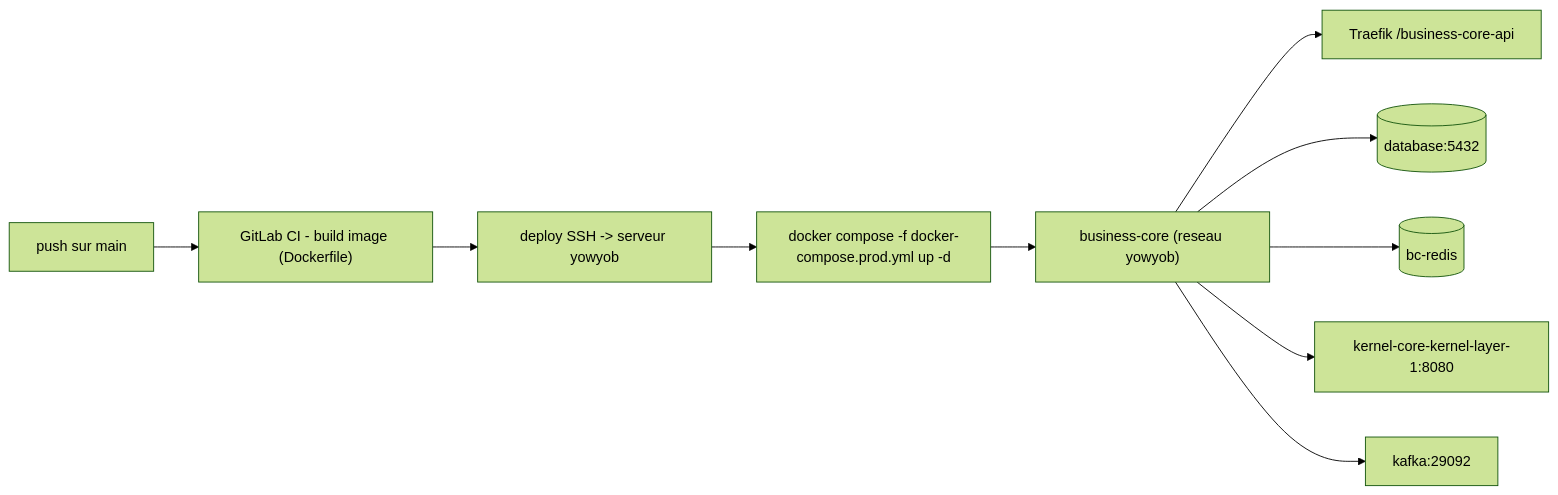
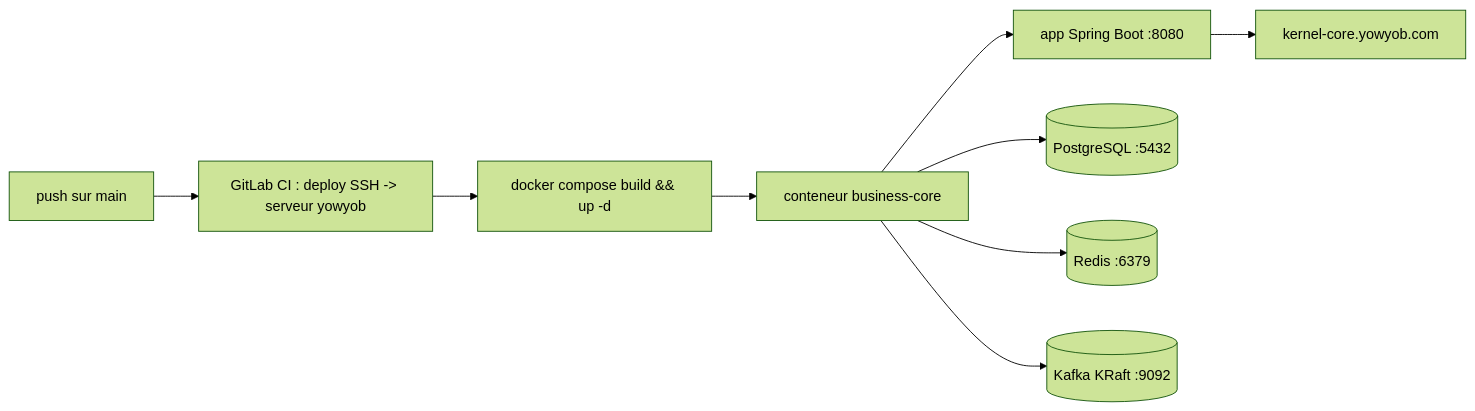
One commit to HinaSejaru124/Backend-business-core changed the diagram in docs/deploiement.md. Above: the diagram before and after it, drawn with Mermaid (forest theme). The commit also changed other lines of this file and 12 other files, not shown here.

````diff
--- a/docs/deploiement.md
+++ b/docs/deploiement.md
@@ -10,12 +12,11 @@
 ```mermaid
 flowchart LR
-  push["push sur main"] --> build["GitLab CI - build image (Dockerfile)"]
-  build --> deploy["deploy SSH -> serveur yowyob"]
-  deploy --> compose["docker compose -f docker-compose.prod.yml up -d"]
-  compose --> svc["business-core (reseau yowyob)"]
-  svc --> traefik["Traefik /business-core-api"]
-  svc --> pg[("database:5432")]
-  svc --> redis[("bc-redis")]
-  svc --> kernel["kernel-core-kernel-layer-1:8080"]
-  svc --> kafka["kafka:29092"]
+  push["push sur main"] --> deploy["GitLab CI : deploy SSH -> serveur yowyob"]
+  deploy --> compose["docker compose build && up -d"]
+  compose --> ctn["conteneur business-core"]
+  ctn --> app["app Spring Boot :8080"]
+  ctn --> pg[("PostgreSQL :5432")]
+  ctn --> redis[("Redis :6379")]
+  ctn --> kafka[("Kafka KRaft :9092")]
+  app --> kernel["kernel-core.yowyob.com"]
 ```
````
